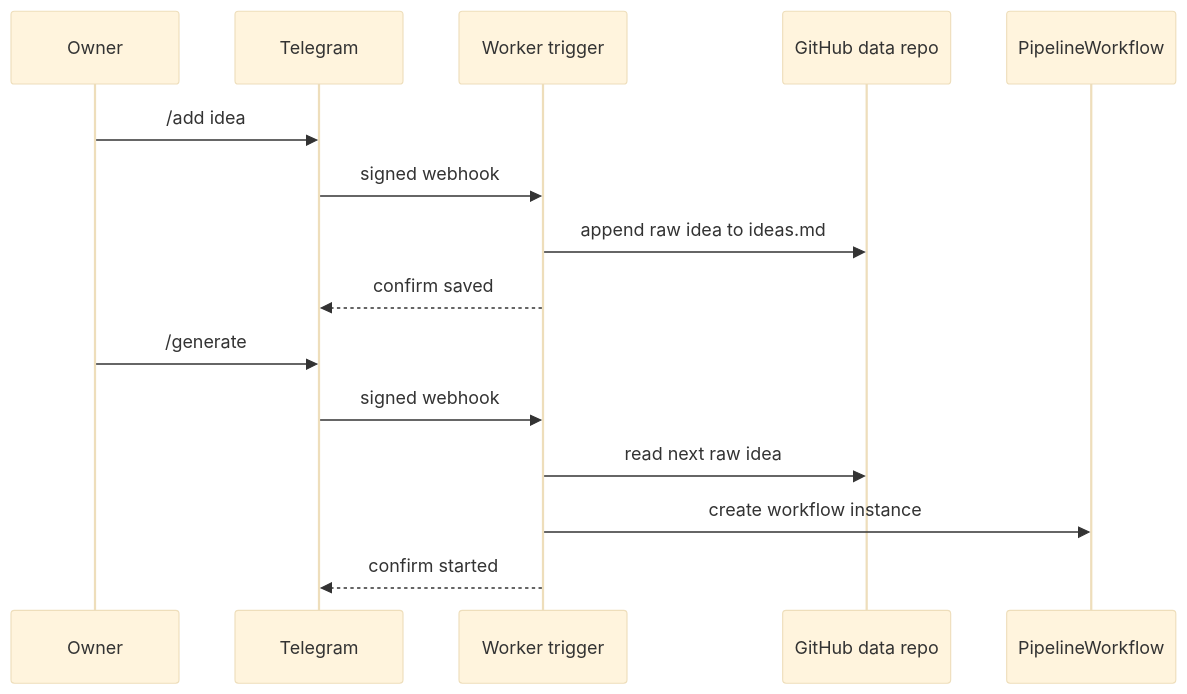
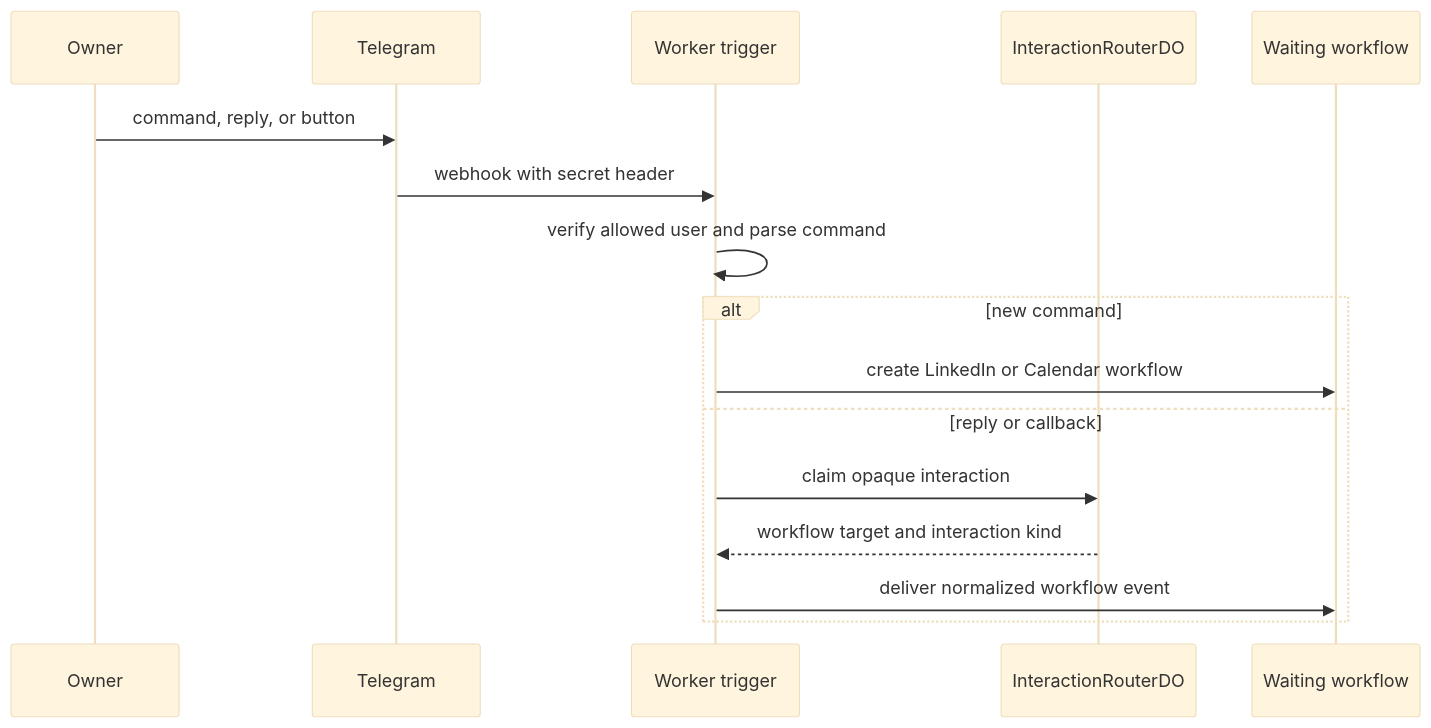
The first of 4 diagrams in docs/architecture/request-flows.md (satwikhebbar/kipp), drawn with Mermaid (base theme) before and after one commit. The commit also changed other lines of this file and 8 other files, not shown here.

Commit message:
docs: refresh Kipp architecture and README

````diff
--- a/docs/architecture/request-flows.md
+++ b/docs/architecture/request-flows.md
@@ -9,19 +8,19 @@
 ```mermaid
 sequenceDiagram
   participant U as Owner
   participant T as Telegram
   participant W as Worker trigger
-  participant G as GitHub data repo
-  participant P as PipelineWorkflow
+  participant R as InteractionRouterDO
+  participant F as Waiting workflow
 
-  U->>T: /add idea
-  T->>W: signed webhook
-  W->>G: append raw idea to ideas.md
-  W-->>T: confirm saved
-
-  U->>T: /generate
-  T->>W: signed webhook
-  W->>G: read next raw idea
-  W->>P: create workflow instance
-  W-->>T: confirm started
+  U->>T: command, reply, or button
+  T->>W: webhook with secret header
+  W->>W: verify allowed user and parse command
+  alt new command
+    W->>F: create LinkedIn or Calendar workflow
+  else reply or callback
+    W->>R: claim opaque interaction
+    R-->>W: workflow target and interaction kind
+    W->>F: deliver normalized workflow event
+  end
 ```
````
